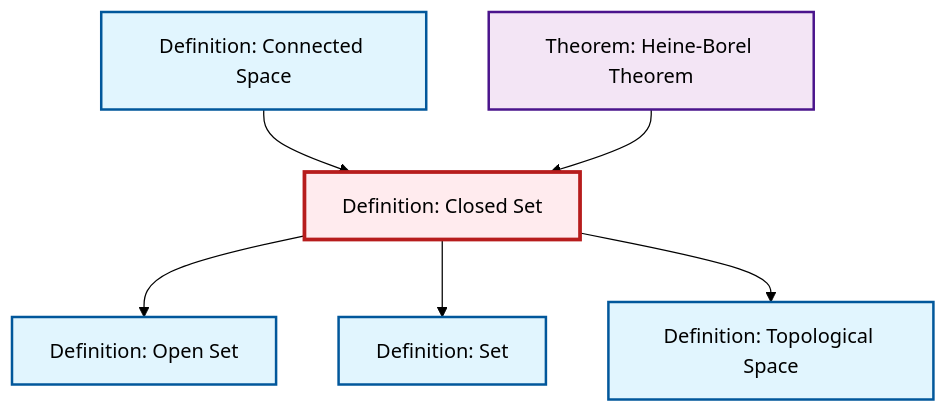
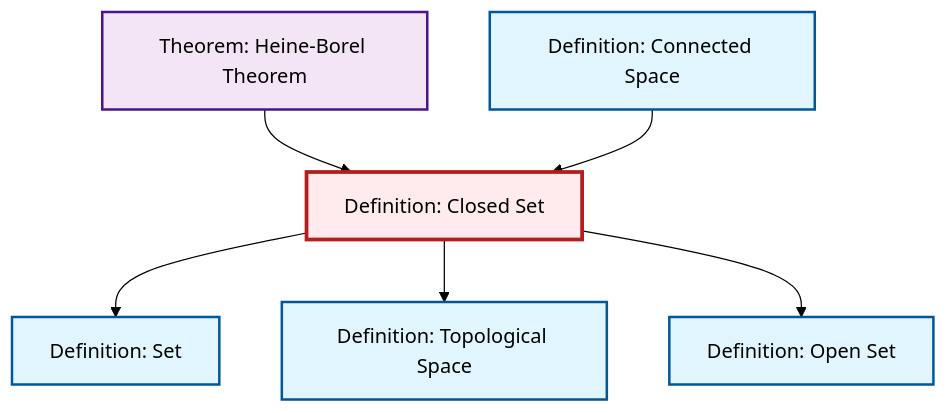
Before and after one commit to RK0429/ModernMath: the diagram in output/mermaid/def-closed-set.mermaid, drawn with Mermaid (forest theme). The commit also changed other lines of this file and 1542 other files, not shown here.

```diff
--- a/output/mermaid/def-closed-set.mermaid
+++ b/output/mermaid/def-closed-set.mermaid
@@ -1,19 +1,19 @@
 %%| fig-cap: "Local dependency graph"
 graph TD
     classDef definition fill:#e1f5fe,stroke:#01579b,stroke-width:2px
     classDef theorem fill:#f3e5f5,stroke:#4a148c,stroke-width:2px
     classDef axiom fill:#fff3e0,stroke:#e65100,stroke-width:2px
     classDef example fill:#e8f5e9,stroke:#1b5e20,stroke-width:2px
     classDef current fill:#ffebee,stroke:#b71c1c,stroke-width:3px
+    def-open-set["Definition: Open Set"]:::definition
+    def-connected["Definition: Connected Space"]:::definition
+    def-set["Definition: Set"]:::definition
     thm-heine-borel["Theorem: Heine-Borel Theorem"]:::theorem
-    def-set["Definition: Set"]:::definition
     def-topological-space["Definition: Topological Space"]:::definition
-    def-connected["Definition: Connected Space"]:::definition
     def-closed-set["Definition: Closed Set"]:::definition
-    def-open-set["Definition: Open Set"]:::definition
+    def-closed-set --> def-set
+    def-closed-set --> def-topological-space
+    def-closed-set --> def-open-set
+    thm-heine-borel --> def-closed-set
     def-connected --> def-closed-set
-    def-closed-set --> def-open-set
-    def-closed-set --> def-set
-    thm-heine-borel --> def-closed-set
-    def-closed-set --> def-topological-space
     class def-closed-set current
```
